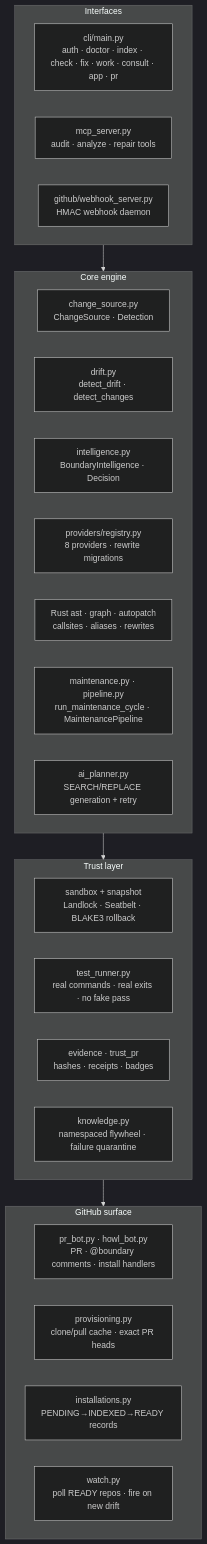
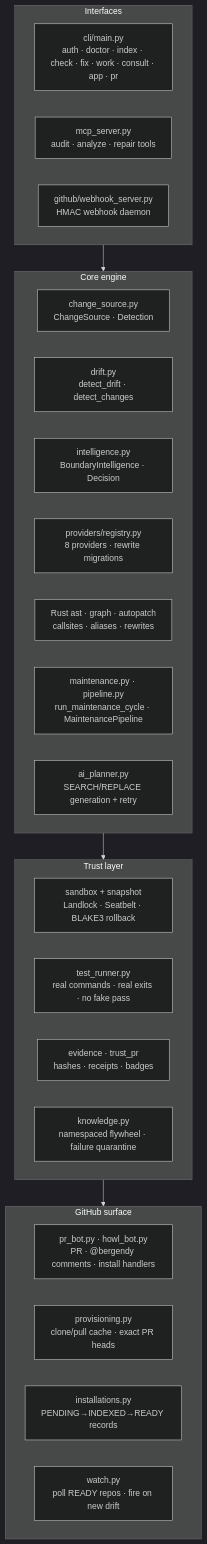
The third of 3 diagrams in docs/SYSTEM_MAP.md (Devaretanmay/Bergendy), drawn with Mermaid (dark theme) before and after one commit. The commit also changed other lines of this file and 23 other files, not shown here.

Commit message:
docs: replace Boundary brand references with Bergendy across documentation and workflows

````diff
--- a/docs/SYSTEM_MAP.md
+++ b/docs/SYSTEM_MAP.md
@@ -34,30 +34,30 @@
 ```mermaid
 flowchart TD
     subgraph IN["Interfaces"]
         CLI["cli/main.py<br/>auth · doctor · index · check · fix · work · consult · app · pr"]
         MCP["mcp_server.py<br/>audit · analyze · repair tools"]
         WH["github/webhook_server.py<br/>HMAC webhook daemon"]
     end
     subgraph CORE["Core engine"]
         CS["change_source.py<br/>ChangeSource · Detection"]
         DRIFT["drift.py<br/>detect_drift · detect_changes"]
         INTEL["intelligence.py<br/>BoundaryIntelligence · Decision"]
         REG["providers/registry.py<br/>8 providers · rewrite migrations"]
         AST["Rust ast · graph · autopatch<br/>callsites · aliases · rewrites"]
         PLAN["maintenance.py · pipeline.py<br/>run_maintenance_cycle · MaintenancePipeline"]
         AIplan["ai_planner.py<br/>SEARCH/REPLACE generation + retry"]
     end
     subgraph TRUST["Trust layer"]
         SB["sandbox + snapshot<br/>Landlock · Seatbelt · BLAKE3 rollback"]
         TR["test_runner.py<br/>real commands · real exits · no fake pass"]
         EV2["evidence · trust_pr<br/>hashes · receipts · badges"]
         KB["knowledge.py<br/>namespaced flywheel · failure quarantine"]
     end
     subgraph GH["GitHub surface"]
-        BOT["pr_bot.py · howl_bot.py<br/>PR · @boundary comments · install handlers"]
+        BOT["pr_bot.py · howl_bot.py<br/>PR · @bergendy comments · install handlers"]
         PROV["provisioning.py<br/>clone/pull cache · exact PR heads"]
         INST["installations.py<br/>PENDING→INDEXED→READY records"]
         WATCH["watch.py<br/>poll READY repos · fire on new drift"]
     end
     IN --> CORE --> TRUST --> GH
 ```
````
